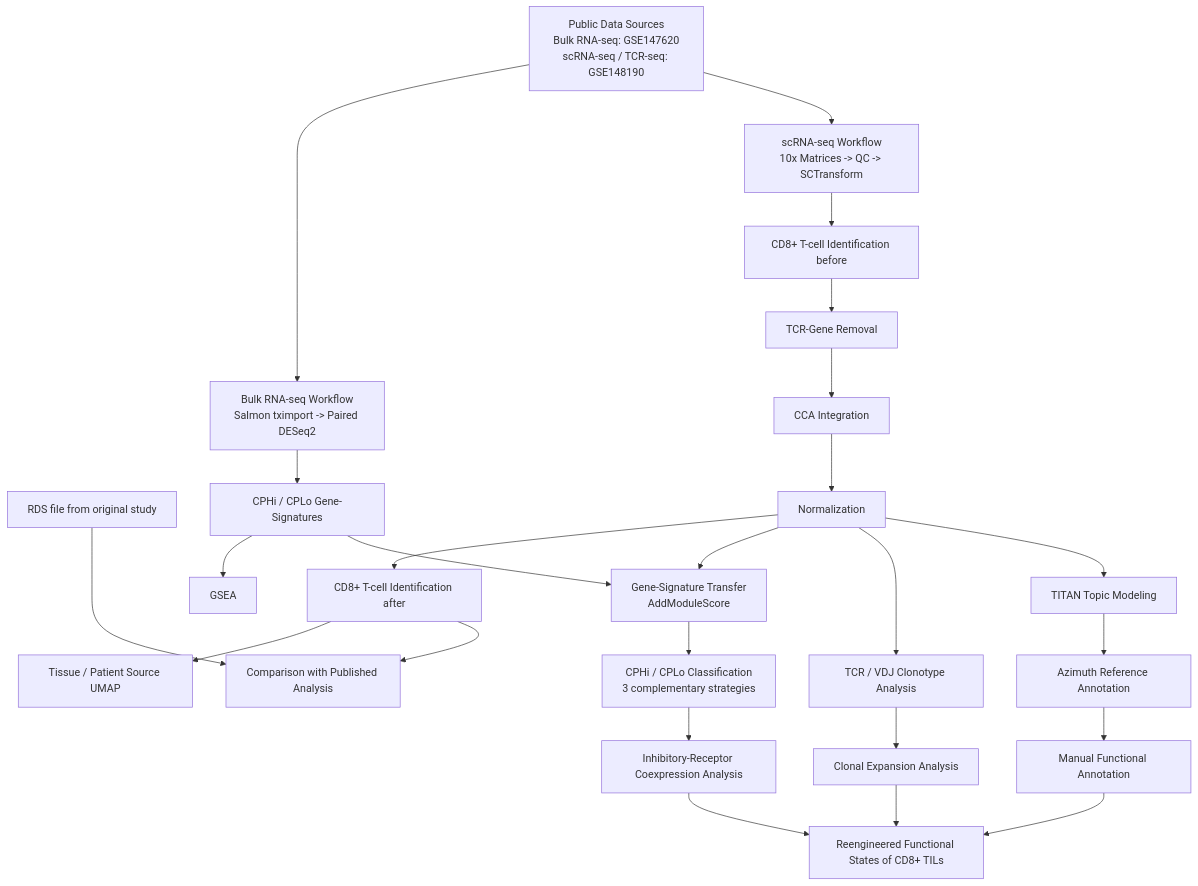
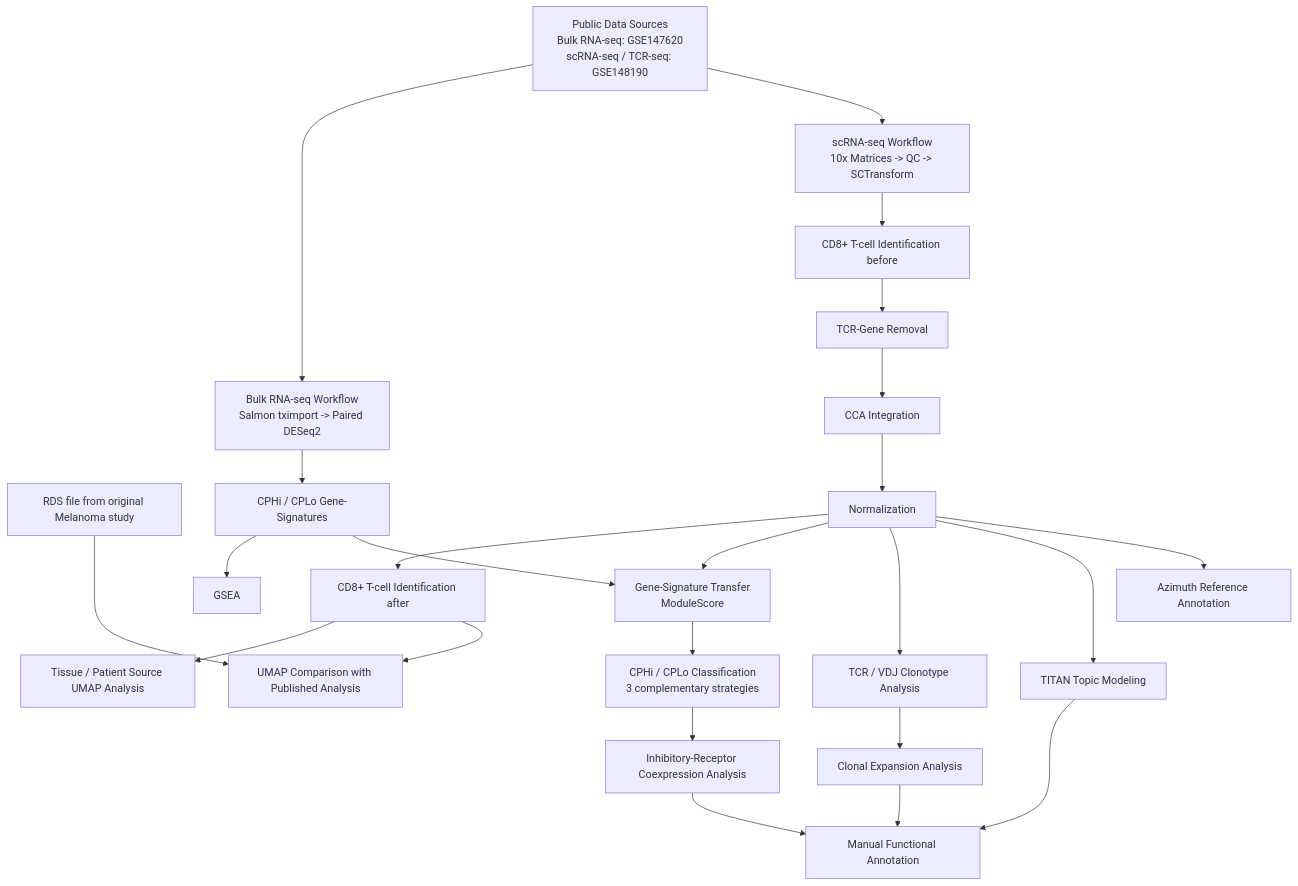
One commit to georgsommer-ai/Multi-Modal-CD8-T-cell-Heterogeneity-Analysis-in-Melanoma-Immunotherapy changed the second of 3 diagrams in README.md. Above: the diagram before and after it, drawn with Mermaid.

````diff
--- a/README.md
+++ b/README.md
@@ -199,39 +199,42 @@
 ```mermaid
 flowchart TD
 
     A[Public Data Sources<br/>Bulk RNA-seq: GSE147620<br/>scRNA-seq / TCR-seq: GSE148190]
-    R[ RDS file from original study]
-    
+    R[RDS file from original Melanoma study]
+
     A --> B1[Bulk RNA-seq Workflow<br/>Salmon tximport -> Paired DESeq2]
     B1 --> B2[CPHi / CPLo Gene-Signatures]
     B2 --> B3[GSEA]
-    
+
     A --> C1[scRNA-seq Workflow<br/>10x Matrices -> QC -> SCTransform]
-    C1 --> C2[CD8+ T-cell Identification before ]
+    C1 --> C2[CD8+ T-cell Identification before]
     C2 --> C3[TCR-Gene Removal]
     C3 --> C4[CCA Integration]
     C4 --> C5[Normalization]
+
     C5 --> C6[CD8+ T-cell Identification after]
-    C6 --> C7[Tissue / Patient Source UMAP]
-    C6 --> C8[Comparison with Published Analysis]
+    C6 --> C7[Tissue / Patient Source UMAP Analysis]
+    C6 --> C8[UMAP Comparison with Published Analysis]
     R ---> C8
-    
-    B2 --> D1[Gene-Signature Transfer<br/>AddModuleScore]
+
+    B2 --> D1[Gene-Signature Transfer<br/>ModuleScore]
     C5 --> D1
     D1 --> D2[CPHi / CPLo Classification<br/>3 complementary strategies]
     D2 --> D3[Inhibitory-Receptor Coexpression Analysis]
 
     C5 --> E1[TCR / VDJ Clonotype Analysis]
     E1 --> E2[Clonal Expansion Analysis]
 
     C5 --> F1[TITAN Topic Modeling]
-    F1 --> F2[Azimuth Reference Annotation]
-    F2 --> F3[Manual Functional Annotation]
+    F1 --> G[Manual Functional Annotation]
 
-    F3 --> G[Reengineered Functional States of CD8+ TILs]
+    F1 ~~~ H[" "]
+    H ~~~ G
+    style H fill:transparent,stroke:transparent,color:transparent
+
     E2 --> G
     D3 --> G
 
-
+    C5 --> K1[Azimuth Reference Annotation]
 
 ```
````
